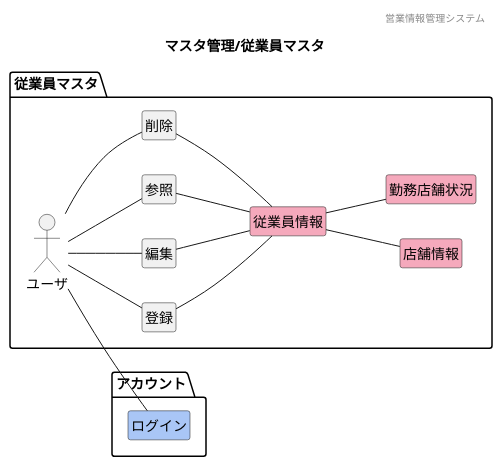
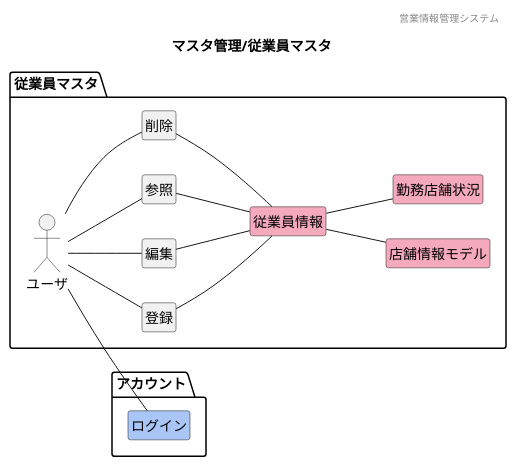
Before and after one commit to HaruShim/Sotuken: the diagram in 各種設計書/1ドメインモデル図/マスタ管理/F01従業員マスタ.plantuml, drawn with PlantUML. The commit also changed 1 other file, not shown here.

```diff
--- a/各種設計書/1ドメインモデル図/マスタ管理/F01従業員マスタ.plantuml
+++ b/各種設計書/1ドメインモデル図/マスタ管理/F01従業員マスタ.plantuml
@@ -1,45 +1,62 @@
 @startuml images/マスタ管理/従業員マスタ
 ' ヘッダー
 header 営業情報管理システム
 ' タイトル
 title マスタ管理/従業員マスタ
 ' 
 hide circle
 ' 
 hide method
 hide members
 left to right direction
 
 package "アカウント"{
     class "ログイン" #A9C6F6
 }
 
 package "従業員マスタ"{
     mix_actor "ユーザ"
     class "登録"
     class "編集"
     class "参照"
     class "削除"
     class "従業員情報" #F5A9BC
-    class "店舗情報" #F5A9BC
+    class "店舗情報モデル" #F5A9BC
     class "勤務店舗状況" #F5A9BC
 
     "ユーザ" -- "参照"
     "ユーザ" -- "登録"
     "ユーザ" -- "編集"
     "ユーザ" -- "削除"
     "参照" -- "従業員情報"
     "登録" -- "従業員情報"
     "編集" -- "従業員情報"
     "削除" -- "従業員情報"
-    "従業員情報" -- "店舗情報"
+    "従業員情報" -- "店舗情報モデル"
     "従業員情報" -- "勤務店舗状況"
+
+    従業員情報 : 従業員番号
+    従業員情報 : 氏名
+    従業員情報 : 住所
+    従業員情報 : 電話番号
+    従業員情報 : 性別
+    従業員情報 : 年齢
+    従業員情報 : 生年月日
+    従業員情報 : 主な店舗
+    勤務店舗状況 : 店舗名
+    勤務店舗状況 : 従業員数
+    勤務店舗状況 : 責任者
+    店舗情報モデル : 店舗名
+    店舗情報モデル : 住所
+    店舗情報モデル : 連絡先
+    店舗情報モデル : 店長
+    店舗情報モデル : 主な従業員
 }
 
 "ユーザ" -- "ログイン"
 
 
 
 
 
 @enduml
```
